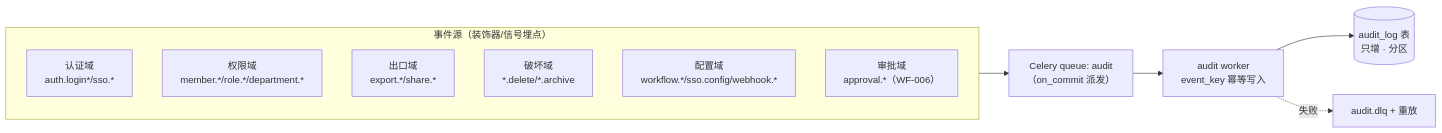
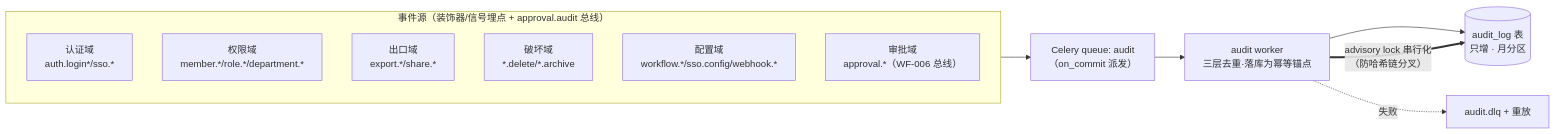
The first of 2 diagrams in docs/sprint-8-enterprise-org/AUTH-010-audit-log-full.md (RabbitAI-Lab/RabbitProjects), drawn with Mermaid before and after one commit. The commit also changed other lines of this file and 13 other files, not shown here.

````diff
--- a/docs/sprint-8-enterprise-org/AUTH-010-audit-log-full.md
+++ b/docs/sprint-8-enterprise-org/AUTH-010-audit-log-full.md
@@ -47,15 +47,16 @@
 ```mermaid
 flowchart LR
-    subgraph SRC["事件源（装饰器/信号埋点）"]
+    subgraph SRC["事件源（装饰器/信号埋点 + approval.audit 总线）"]
         A1["认证域<br/>auth.login*/sso.*"]
         A2["权限域<br/>member.*/role.*/department.*"]
         A3["出口域<br/>export.*/share.*"]
         A4["破坏域<br/>*.delete/*.archive"]
         A5["配置域<br/>workflow.*/sso.config/webhook.*"]
-        A6["审批域<br/>approval.*（WF-006）"]
+        A6["审批域<br/>approval.*（WF-006 总线）"]
     end
     SRC --> Q["Celery queue: audit<br/>（on_commit 派发）"]
-    Q --> W["audit worker<br/>event_key 幂等写入"]
-    W --> DB[("audit_log 表<br/>只增 · 分区")]
+    Q --> W["audit worker<br/>三层去重·落库为幂等锚点"]
+    W --> DB[("audit_log 表<br/>只增 · 月分区")]
     W -.失败.-> DLQ["audit.dlq + 重放"]
+    W ==>|"advisory lock 串行化<br/>（防哈希链分叉）"| DB
 ```
````
